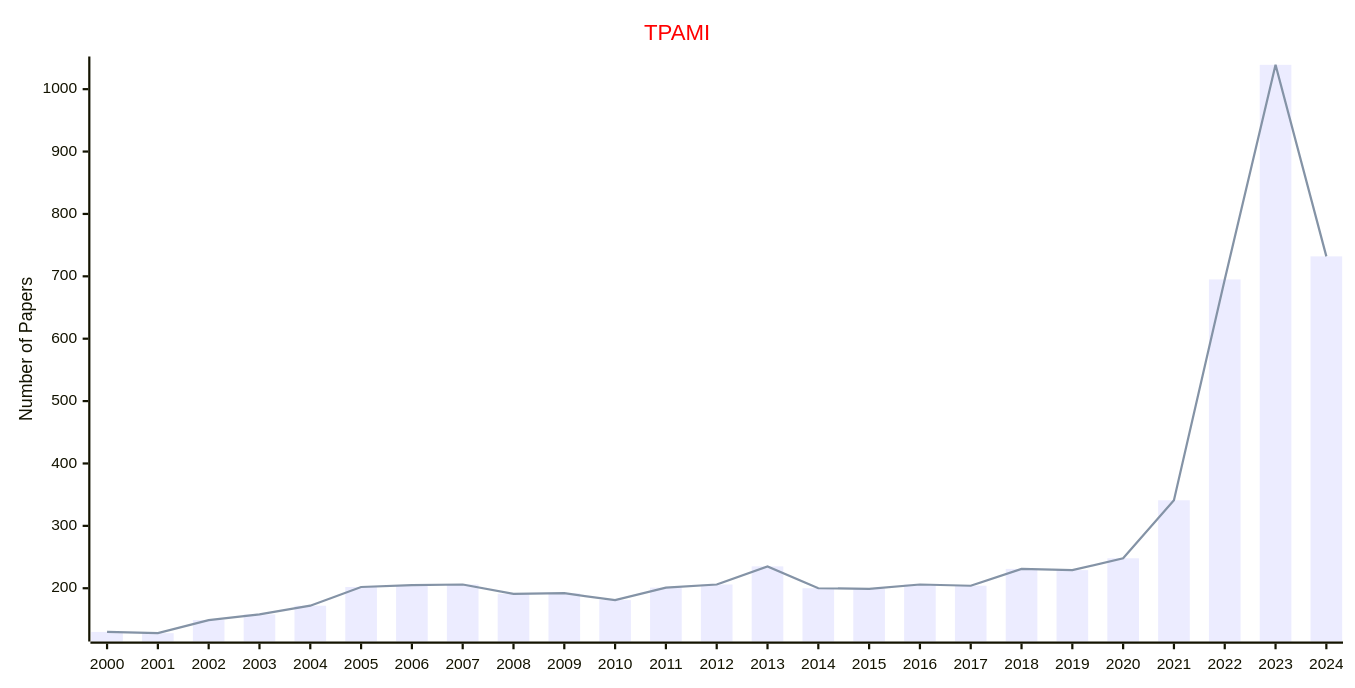
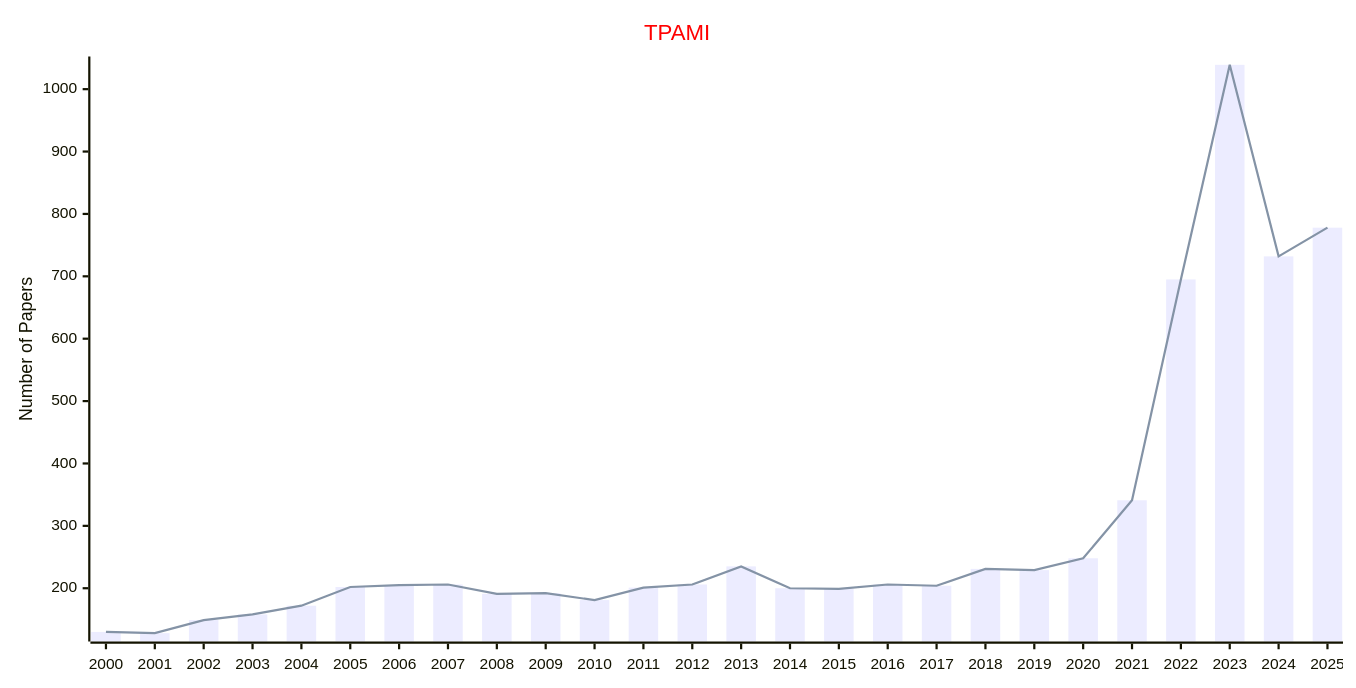
One commit to Easy-PhD/AILinks changed the diagram in docs/data/Journals/Statistics_Journals/Machine_Intelligence.md. Above: the diagram before and after it, drawn with Mermaid. The commit also changed 107 other files, not shown here.

````diff
--- a/docs/data/Journals/Statistics_Journals/Machine_Intelligence.md
+++ b/docs/data/Journals/Statistics_Journals/Machine_Intelligence.md
@@ -9,17 +9,17 @@
 ```mermaid
 ---
 config:
     xyChart:
         width: 1200
         height: 600
     themeVariables:
         xyChart:
             titleColor: "#ff0000"
 ---
 xychart-beta
     title "TPAMI"
-    x-axis [2000, 2001, 2002, 2003, 2004, 2005, 2006, 2007, 2008, 2009, 2010, 2011, 2012, 2013, 2014, 2015, 2016, 2017, 2018, 2019, 2020, 2021, 2022, 2023, 2024]
+    x-axis [2000, 2001, 2002, 2003, 2004, 2005, 2006, 2007, 2008, 2009, 2010, 2011, 2012, 2013, 2014, 2015, 2016, 2017, 2018, 2019, 2020, 2021, 2022, 2023, 2024, 2025]
     y-axis "Number of Papers"
-    bar [130, 128, 149, 158, 172, 202, 205, 206, 191, 192, 181, 201, 206, 235, 200, 199, 206, 204, 231, 229, 248, 341, 695, 1039, 732]
-    line [130, 128, 149, 158, 172, 202, 205, 206, 191, 192, 181, 201, 206, 235, 200, 199, 206, 204, 231, 229, 248, 341, 695, 1039, 732]
+    bar [130, 128, 149, 158, 172, 202, 205, 206, 191, 192, 181, 201, 206, 235, 200, 199, 206, 204, 231, 229, 248, 341, 695, 1039, 732, 778]
+    line [130, 128, 149, 158, 172, 202, 205, 206, 191, 192, 181, 201, 206, 235, 200, 199, 206, 204, 231, 229, 248, 341, 695, 1039, 732, 778]
 ```
````
